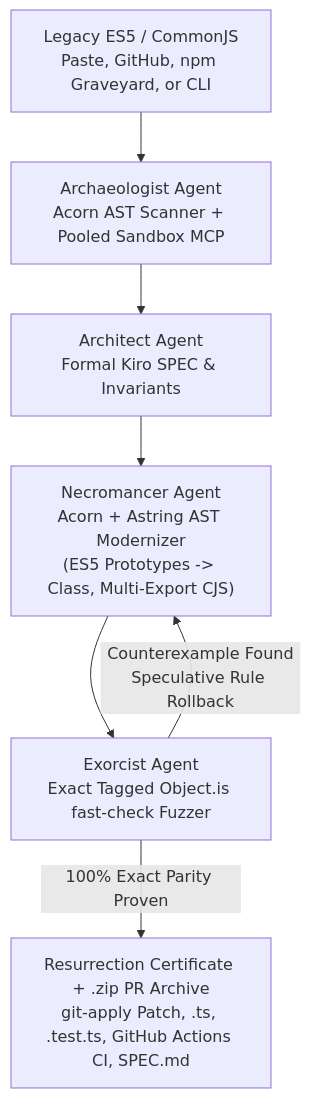
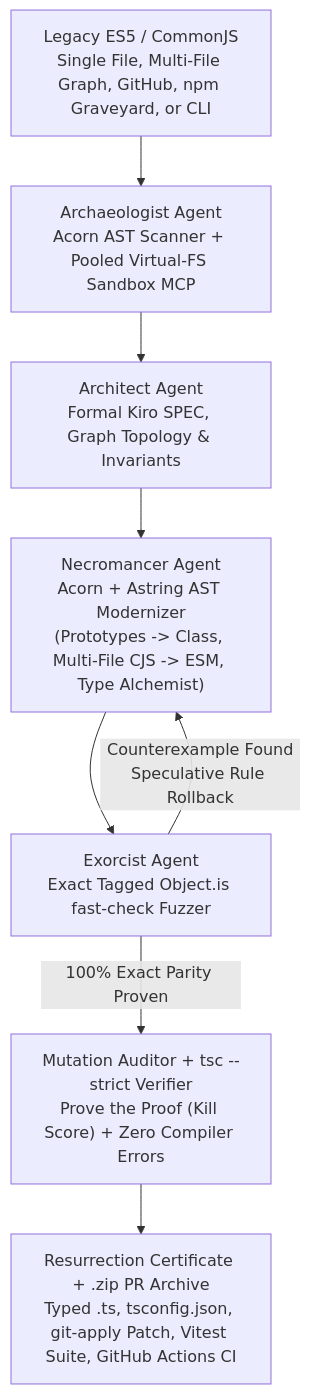
The diagram in README.md (anjarkar25-max/lazarus), drawn with Mermaid before and after one commit. The commit also changed other lines of this file, not shown here.

Commit message:
docs(readme): update to V7 Studio with 638 tests, 16 Kiro specs, multi-file graph, mutation audit, and tsc --strict

````diff
--- a/README.md
+++ b/README.md
@@ -11,9 +11,10 @@
 ```mermaid
 flowchart TD
-    A["Legacy ES5 / CommonJS<br/>Paste, GitHub, npm Graveyard, or CLI"] --> B["Archaeologist Agent<br/>Acorn AST Scanner + Pooled Sandbox MCP"]
-    B --> C["Architect Agent<br/>Formal Kiro SPEC & Invariants"]
-    C --> D["Necromancer Agent<br/>Acorn + Astring AST Modernizer<br/>(ES5 Prototypes -> Class, Multi-Export CJS)"]
+    A["Legacy ES5 / CommonJS<br/>Single File, Multi-File Graph, GitHub, npm Graveyard, or CLI"] --> B["Archaeologist Agent<br/>Acorn AST Scanner + Pooled Virtual-FS Sandbox MCP"]
+    B --> C["Architect Agent<br/>Formal Kiro SPEC, Graph Topology & Invariants"]
+    C --> D["Necromancer Agent<br/>Acorn + Astring AST Modernizer<br/>(Prototypes -> Class, Multi-File CJS -> ESM, Type Alchemist)"]
     D --> E["Exorcist Agent<br/>Exact Tagged Object.is fast-check Fuzzer"]
     E -- "Counterexample Found<br/>Speculative Rule Rollback" --> D
-    E -- "100% Exact Parity Proven" --> F["Resurrection Certificate + .zip PR Archive<br/>git-apply Patch, .ts, .test.ts, GitHub Actions CI, SPEC.md"]
+    E -- "100% Exact Parity Proven" --> F["Mutation Auditor + tsc --strict Verifier<br/>Prove the Proof (Kill Score) + Zero Compiler Errors"]
+    F --> G["Resurrection Certificate + .zip PR Archive<br/>Typed .ts, tsconfig.json, git-apply Patch, Vitest Suite, GitHub Actions CI"]
 ```
````
